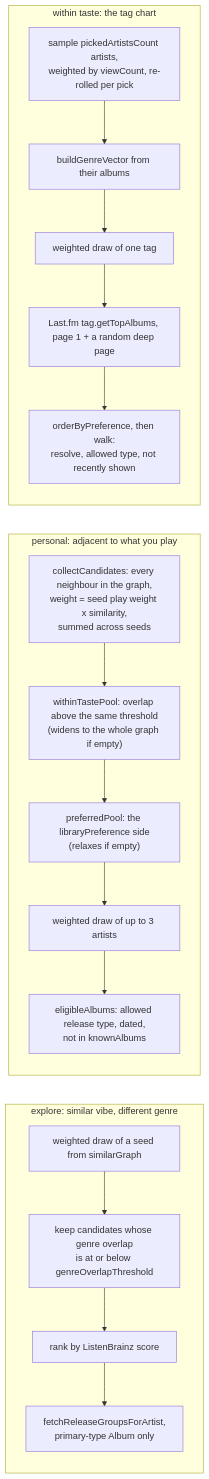
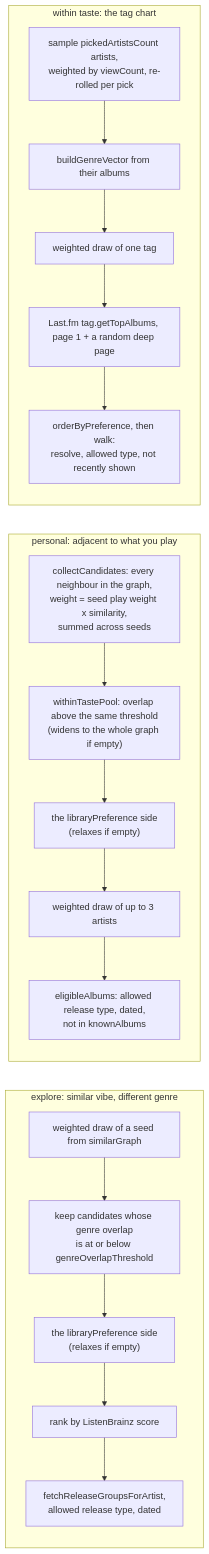
Before and after one commit to BlieNuckel/music-requester: the third of 4 diagrams in docs/flows/promoted-album.md, drawn with Mermaid. The commit also changed other lines of this file and 13 other files, not shown here.

First line of the commit message:
feat(recs): run the carousel pick loop through the graph (#353)

````diff
--- a/docs/flows/promoted-album.md
+++ b/docs/flows/promoted-album.md
@@ -74,28 +87,29 @@
 ```mermaid
 flowchart LR
   subgraph explore["explore: similar vibe, different genre"]
     e1["weighted draw of a seed from similarGraph"]
     e2["keep candidates whose genre overlap<br/>is at or below genreOverlapThreshold"]
-    e3["rank by ListenBrainz score"]
-    e4["fetchReleaseGroupsForArtist,<br/>primary-type Album only"]
-    e1 --> e2 --> e3 --> e4
+    e3["the libraryPreference side<br/>(relaxes if empty)"]
+    e4["rank by ListenBrainz score"]
+    e5["fetchReleaseGroupsForArtist,<br/>allowed release type, dated"]
+    e1 --> e2 --> e3 --> e4 --> e5
   end
 
   subgraph personal["personal: adjacent to what you play"]
     p1["collectCandidates: every neighbour in the graph,<br/>weight = seed play weight x similarity,<br/>summed across seeds"]
     p2["withinTastePool: overlap above the same threshold<br/>(widens to the whole graph if empty)"]
-    p3["preferredPool: the libraryPreference side<br/>(relaxes if empty)"]
+    p3["the libraryPreference side<br/>(relaxes if empty)"]
     p4["weighted draw of up to 3 artists"]
     p5["eligibleAlbums: allowed release type, dated,<br/>not in knownAlbums"]
     p1 --> p2 --> p3 --> p4 --> p5
   end
 
   subgraph within["within taste: the tag chart"]
     w1["sample pickedArtistsCount artists,<br/>weighted by viewCount, re-rolled per pick"]
     w2["buildGenreVector from their albums"]
     w3["weighted draw of one tag"]
     w4["Last.fm tag.getTopAlbums, page 1 + a random deep page"]
     w5["orderByPreference, then walk:<br/>resolve, allowed type, not recently shown"]
     w1 --> w2 --> w3 --> w4 --> w5
   end
 ```
````
